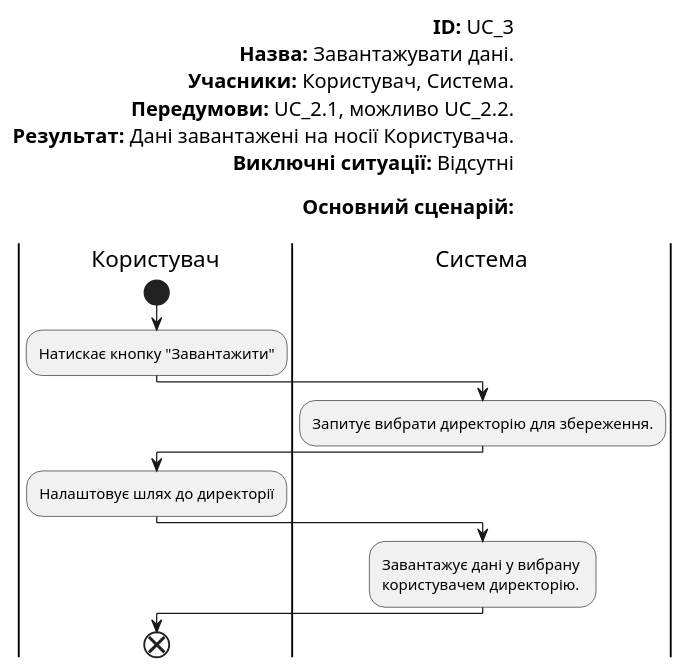
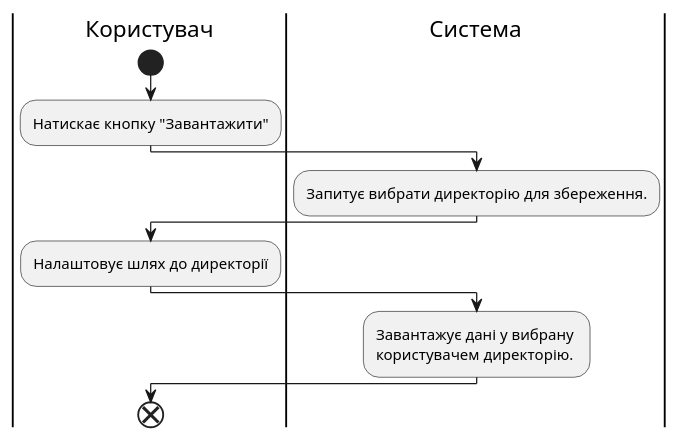
The diagram in src/uml/UC_3.puml (anrikolo/obd), drawn with PlantUML before and after one commit.

```diff
--- a/src/uml/UC_3.puml
+++ b/src/uml/UC_3.puml
@@ -1,25 +1,13 @@
 @startuml
-left header
-        <font color=000 size=16><b>ID:</b> UC_3
-        <font color=000 size=16><b>Назва:</b> Завантажувати дані.
-        <font color=000 size=16><b>Учасники:</b> Користувач, Система.
-        <font color=000 size=16><b>Передумови:</b> UC_2.1, можливо UC_2.2.
-        <font color=000 size=16><b>Результат:</b> Дані завантажені на носії Користувача.
-        <font color=000 size=16><b>Виключні ситуації:</b> Відсутні
-        
-        <font color=000 size=16><b>Основний сценарій:</b>
-        
-    end header
-
     |Користувач|
     start
     :Натискає кнопку "Завантажити";
     |Система|
     :Запитує вибрати директорію для збереження.;
     |Користувач|
     :Налаштовує шлях до директорії;
     |Система|
     :Завантажує дані у вибрану \nкористувачем директорію.;
         |Користувач|
     end;
 @enduml
```
